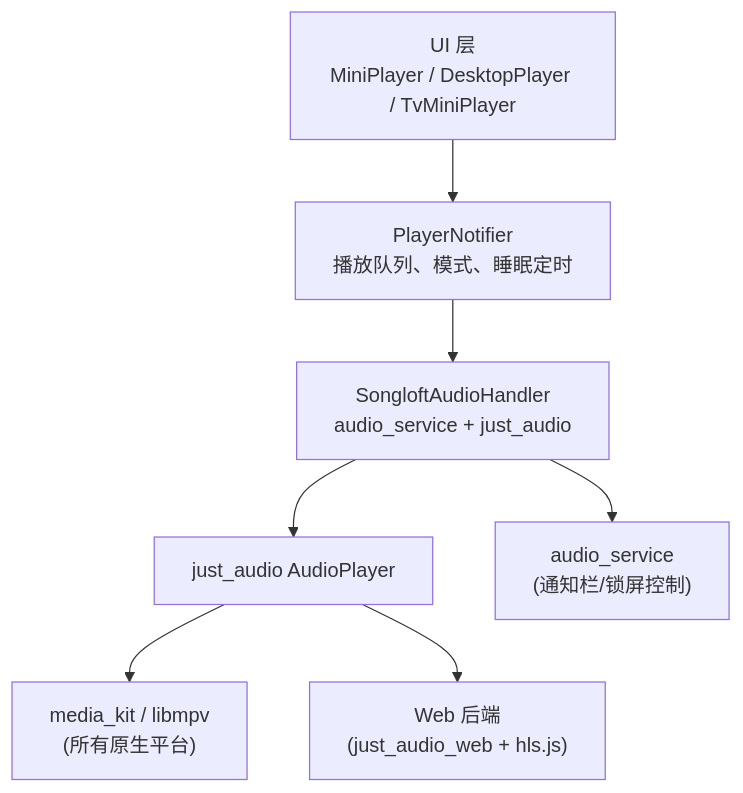
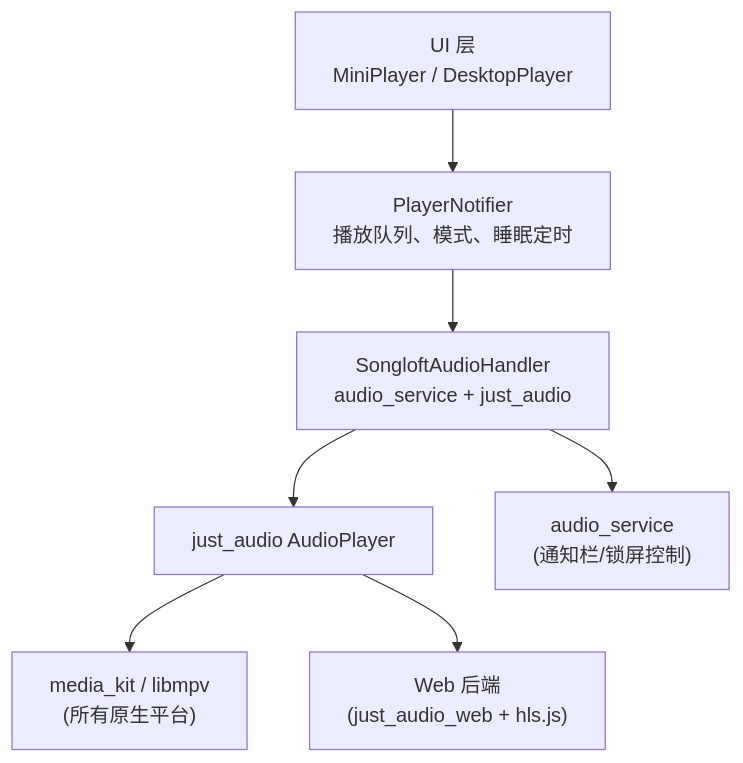
Before and after one commit to MambaOutZY/songloft-gemini: the third of 4 diagrams in docs/repowiki/前端系统设计.md, drawn with Mermaid. The commit also changed other lines of this file and 11 other files, not shown here.

````diff
--- a/docs/repowiki/前端系统设计.md
+++ b/docs/repowiki/前端系统设计.md
@@ -316,9 +314,9 @@
 ```mermaid
 graph TB
-    UI["UI 层\nMiniPlayer / DesktopPlayer / TvMiniPlayer"] --> PN["PlayerNotifier\n播放队列、模式、睡眠定时"]
+    UI["UI 层\nMiniPlayer / DesktopPlayer"] --> PN["PlayerNotifier\n播放队列、模式、睡眠定时"]
     PN --> AH["SongloftAudioHandler\naudio_service + just_audio"]
     AH --> JA["just_audio AudioPlayer"]
     JA --> MK["media_kit / libmpv\n(所有原生平台)"]
     JA --> NATIVE["Web 后端\n(just_audio_web + hls.js)"]
     AH --> AS["audio_service\n(通知栏/锁屏控制)"]
 ```
````
